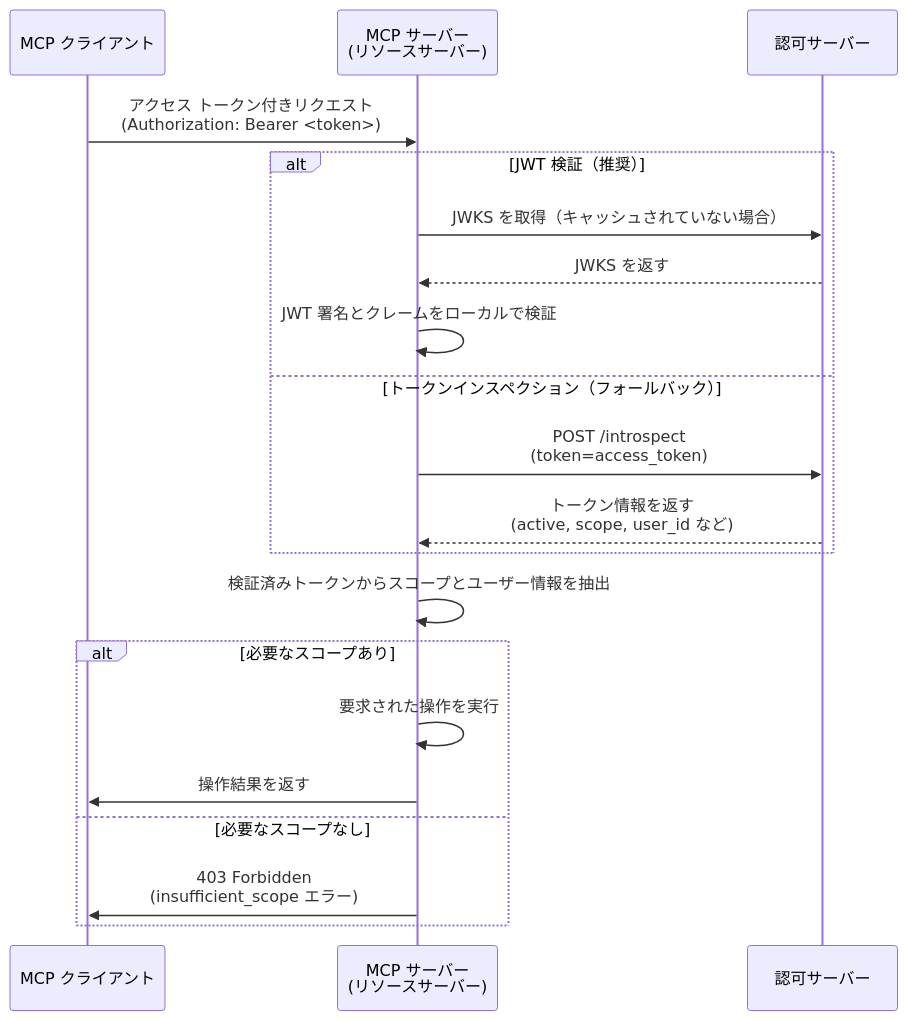
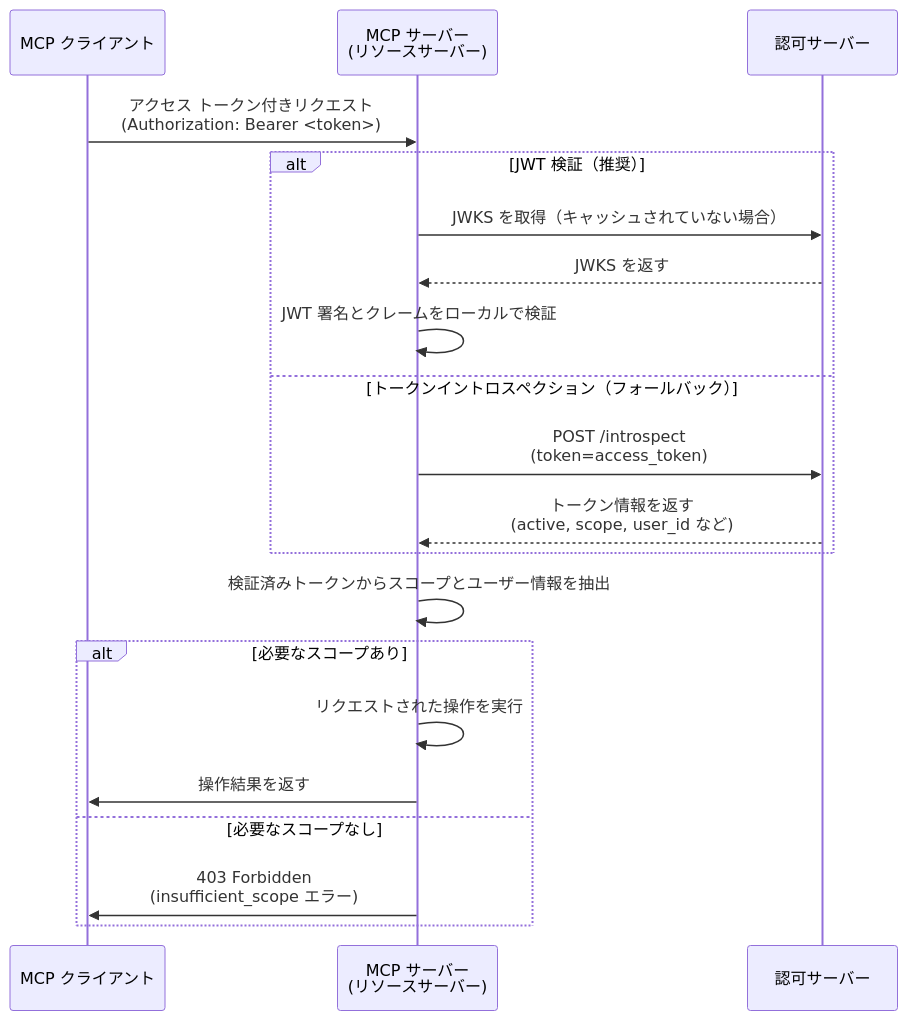
The second of 2 diagrams in i18n/ja/docusaurus-plugin-content-docs/current/tutorials/todo-manager/README.mdx (mcp-auth/docs), drawn with Mermaid before and after one commit. The commit also changed other lines of this file and 18 other files, not shown here.

````diff
--- a/i18n/ja/docusaurus-plugin-content-docs/current/tutorials/todo-manager/README.mdx
+++ b/i18n/ja/docusaurus-plugin-content-docs/current/tutorials/todo-manager/README.mdx
@@ -136,26 +132,26 @@
 ```mermaid
 sequenceDiagram
     participant Client as MCP クライアント
     participant Server as MCP サーバー<br/>(リソースサーバー)
     participant Auth as 認可サーバー
 
     Client->>Server: アクセス トークン付きリクエスト<br/>(Authorization: Bearer <token>)
 
     alt JWT 検証（推奨）
         Server->>Auth: JWKS を取得（キャッシュされていない場合）
         Auth-->>Server: JWKS を返す
         Server->>Server: JWT 署名とクレームをローカルで検証
-    else トークンインスペクション（フォールバック）
+    else トークンイントロスペクション（フォールバック）
         Server->>Auth: POST /introspect<br/>(token=access_token)
         Auth-->>Server: トークン情報を返す<br/>(active, scope, user_id など)
     end
 
     Server->>Server: 検証済みトークンからスコープとユーザー情報を抽出
 
     alt 必要なスコープあり
-        Server->>Server: 要求された操作を実行
+        Server->>Server: リクエストされた操作を実行
         Server->>Client: 操作結果を返す
     else 必要なスコープなし
         Server->>Client: 403 Forbidden<br/>(insufficient_scope エラー)
     end
 ```
````
